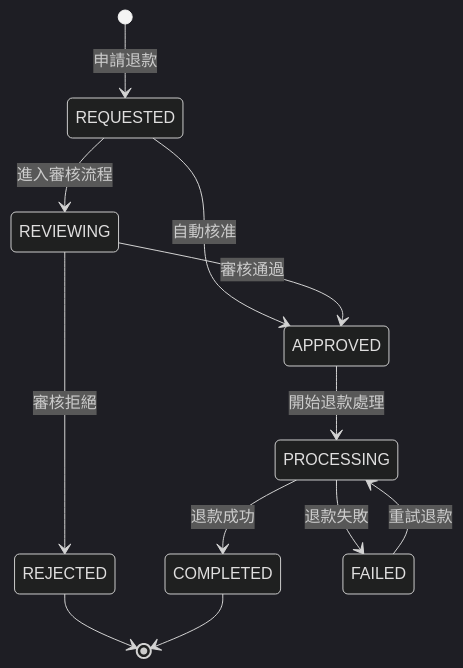
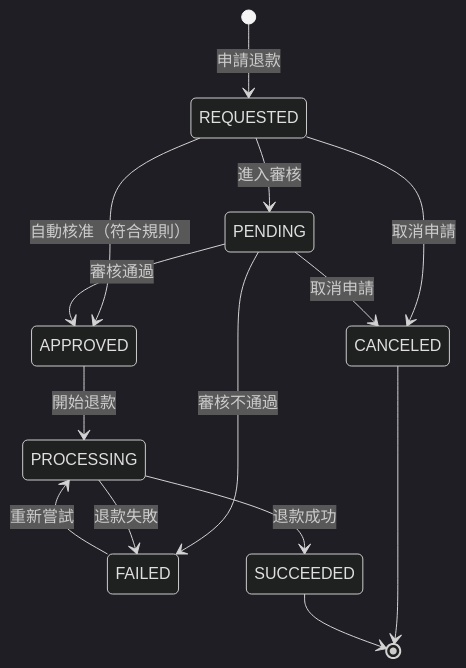
Before and after one commit to xxxhand/auto-payment-sample: the third of 4 diagrams in docs/architecture/state-machine.md, drawn with Mermaid (dark theme). The commit also changed other lines of this file and 10 other files, not shown here.

````diff
--- a/docs/architecture/state-machine.md
+++ b/docs/architecture/state-machine.md
@@ -266,20 +273,22 @@
 ```mermaid
 stateDiagram-v2
     [*] --> REQUESTED : 申請退款
-    
-    REQUESTED --> REVIEWING : 進入審核流程
-    REQUESTED --> APPROVED : 自動核准
-    
-    REVIEWING --> APPROVED : 審核通過
-    REVIEWING --> REJECTED : 審核拒絕
-    
-    APPROVED --> PROCESSING : 開始退款處理
-    
-    PROCESSING --> COMPLETED : 退款成功
+
+    REQUESTED --> PENDING : 進入審核
+    REQUESTED --> APPROVED : 自動核准（符合規則）
+    REQUESTED --> CANCELED : 取消申請
+
+    PENDING --> APPROVED : 審核通過
+    PENDING --> FAILED : 審核不通過
+    PENDING --> CANCELED : 取消申請
+
+    APPROVED --> PROCESSING : 開始退款
+
+    PROCESSING --> SUCCEEDED : 退款成功
     PROCESSING --> FAILED : 退款失敗
-    
-    FAILED --> PROCESSING : 重試退款
-    
-    REJECTED --> [*]
-    COMPLETED --> [*]
+
+    FAILED --> PROCESSING : 重新嘗試
+
+    CANCELED --> [*]
+    SUCCEEDED --> [*]
 ```
````
